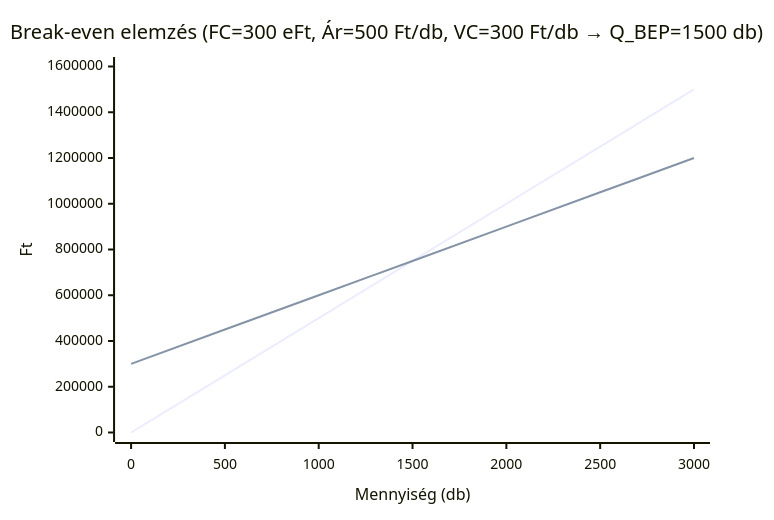
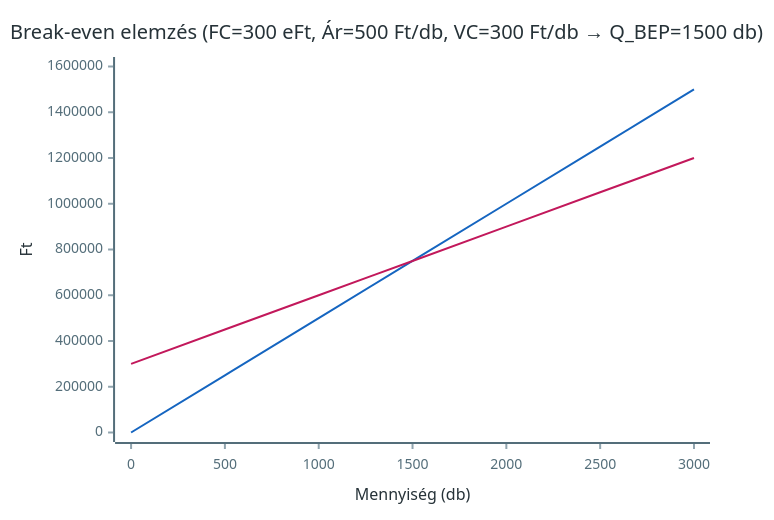
The second of 2 diagrams in Tételek/K17-GIXVS2MBLF-Kalkulációs módszerek és fedezetszámítás.tétel.md (denespocsik/MM_BSC_Zarovizsga), drawn with Mermaid before and after one commit. The commit also changed other lines of this file and 34 other files, not shown here.

First line of the commit message:
style(tételek): egységes vizuális arculat a Mermaid-diagramokhoz

````diff
--- a/Tételek/K17-GIXVS2MBLF-Kalkulációs módszerek és fedezetszámítás.tétel.md
+++ b/Tételek/K17-GIXVS2MBLF-Kalkulációs módszerek és fedezetszámítás.tétel.md
@@ -83,8 +91,9 @@
 ```mermaid
+%%{init: {'theme':'base','themeVariables':{'xyChart':{'backgroundColor':'#ffffff','titleColor':'#263238','xAxisLabelColor':'#546e7a','xAxisTitleColor':'#263238','xAxisTickColor':'#90a4ae','xAxisLineColor':'#546e7a','yAxisLabelColor':'#546e7a','yAxisTitleColor':'#263238','yAxisTickColor':'#90a4ae','yAxisLineColor':'#546e7a','plotColorPalette':'#1565c0,#c2185b'}}}}%%
 xychart-beta
     title "Break-even elemzés (FC=300 eFt, Ár=500 Ft/db, VC=300 Ft/db → Q_BEP=1500 db)"
     x-axis "Mennyiség (db)" [0, 500, 1000, 1500, 2000, 2500, 3000]
     y-axis "Ft" 0 --> 1600000
     line "Árbevétel" [0, 250000, 500000, 750000, 1000000, 1250000, 1500000]
     line "Összes ktg. (FC+VC)" [300000, 450000, 600000, 750000, 900000, 1050000, 1200000]
 ```
````
